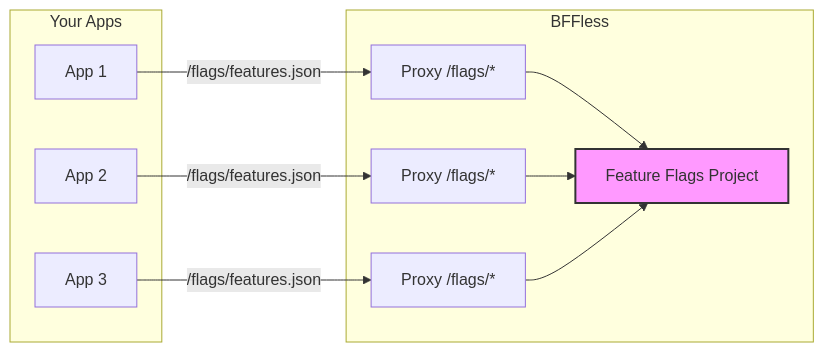
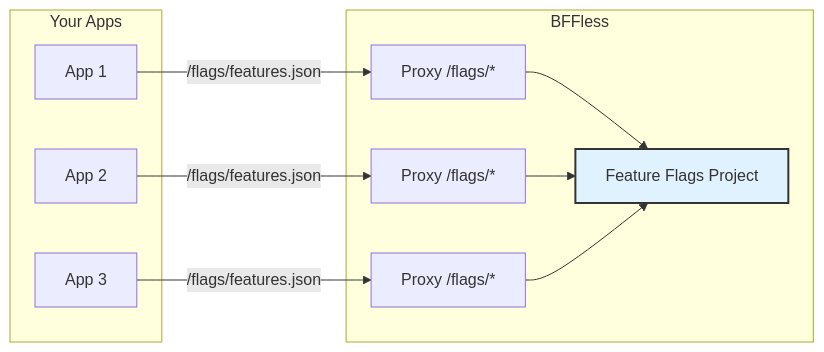
The third of 4 diagrams in docs/features/proxy-rules.md (bffless/docs-public), drawn with Mermaid before and after one commit. The commit also changed other lines of this file and 3 other files, not shown here.

````diff
--- a/docs/features/proxy-rules.md
+++ b/docs/features/proxy-rules.md
@@ -277,24 +277,24 @@
 ```mermaid
 flowchart LR
     subgraph "Your Apps"
         A1[App 1]
         A2[App 2]
         A3[App 3]
     end
 
     subgraph "BFFless"
         P1[Proxy /flags/*]
         P2[Proxy /flags/*]
         P3[Proxy /flags/*]
         FF[Feature Flags Project]
     end
 
     A1 -->|/flags/features.json| P1
     A2 -->|/flags/features.json| P2
     A3 -->|/flags/features.json| P3
     P1 --> FF
     P2 --> FF
     P3 --> FF
 
-    style FF fill:#f9f,stroke:#333,stroke-width:2px
+    style FF fill:#e0f2fe,stroke:#333,stroke-width:2px
 ```
````
